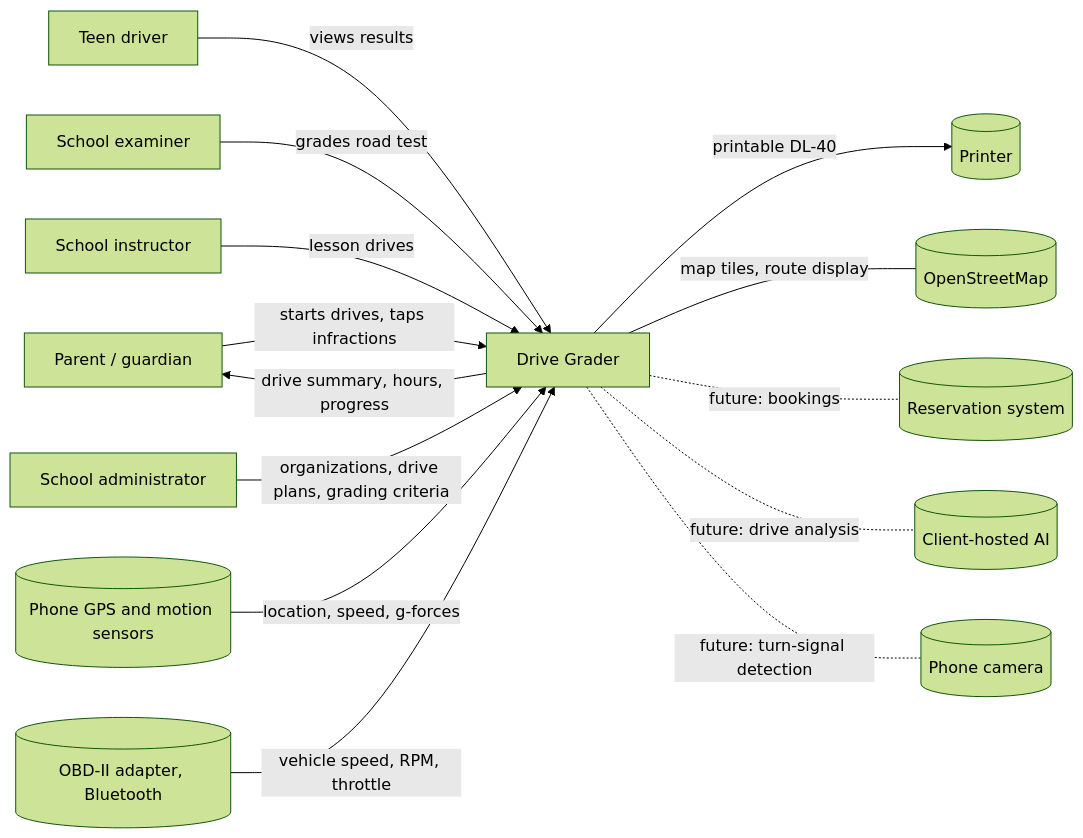
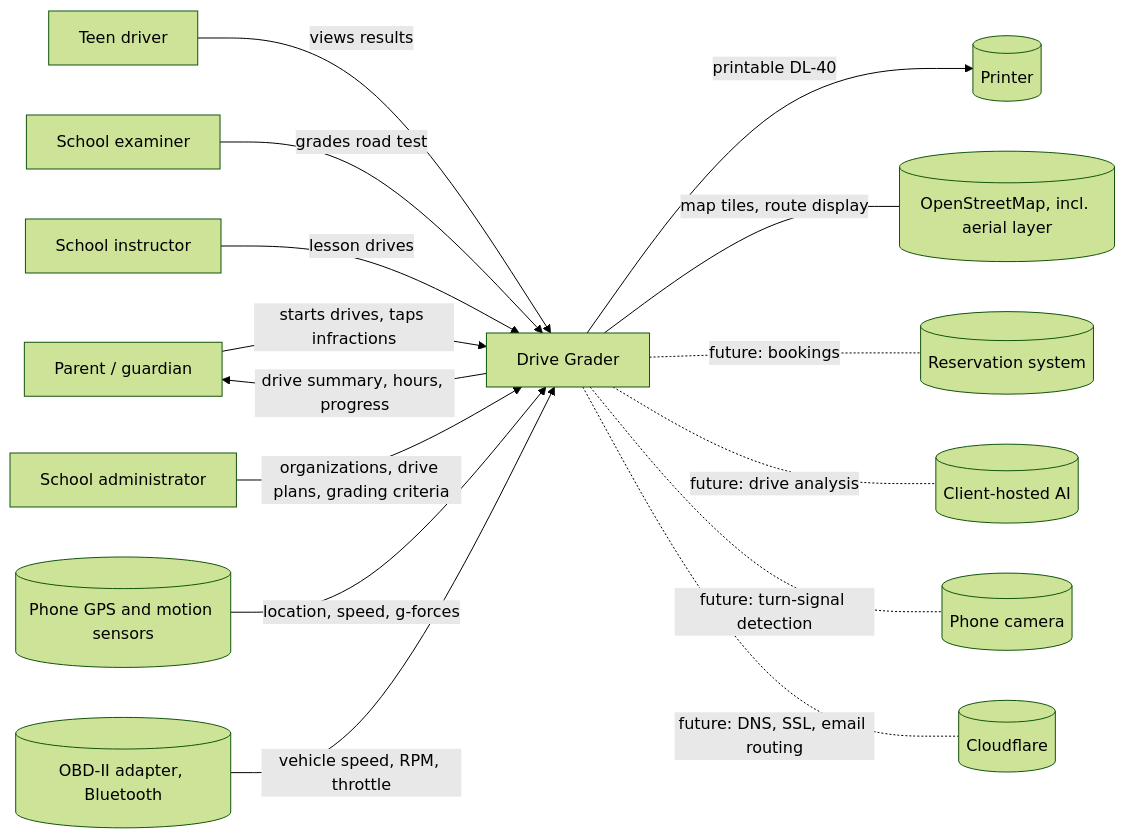
One commit to jmacedo23/cosc-40943-team-12-DriveGrader changed the fifth of 5 diagrams in requirements/vision-and-scope.md. Above: the diagram before and after it, drawn with Mermaid (forest theme). The commit also changed other lines of this file, not shown here.

````diff
--- a/requirements/vision-and-scope.md
+++ b/requirements/vision-and-scope.md
@@ -525,16 +534,17 @@
 ```mermaid
 flowchart LR
   Parent[Parent / guardian] -- "starts drives, taps infractions" --> DG[Drive Grader]
   DG -- "drive summary, hours, progress" --> Parent
   Teen[Teen driver] -- "views results" --> DG
   Examiner[School examiner] -- "grades road test" --> DG
   DG -- "printable DL-40" --> Printer[(Printer)]
   Instructor[School instructor] -- "lesson drives" --> DG
   Admin[School administrator] -- "organizations, drive plans, grading criteria" --> DG
   Phone[(Phone GPS and motion sensors)] -- "location, speed, g-forces" --> DG
   OBD[(OBD-II adapter, Bluetooth)] -- "vehicle speed, RPM, throttle" --> DG
-  DG -- "map tiles, route display" --- OSM[(OpenStreetMap)]
+  DG -- "map tiles, route display" --- OSM[(OpenStreetMap, incl. aerial layer)]
   DG -. "future: bookings" .- Res[(Reservation system)]
   DG -. "future: drive analysis" .- AI[(Client-hosted AI)]
   DG -. "future: turn-signal detection" .- Cam[(Phone camera)]
+  DG -. "future: DNS, SSL, email routing" .- CF[(Cloudflare)]
 ```
````
